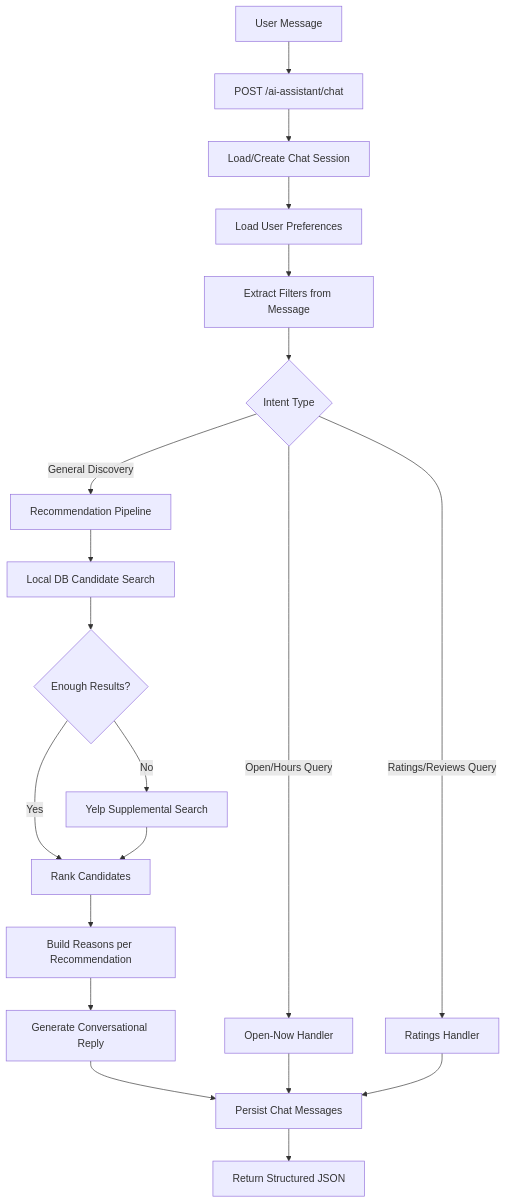
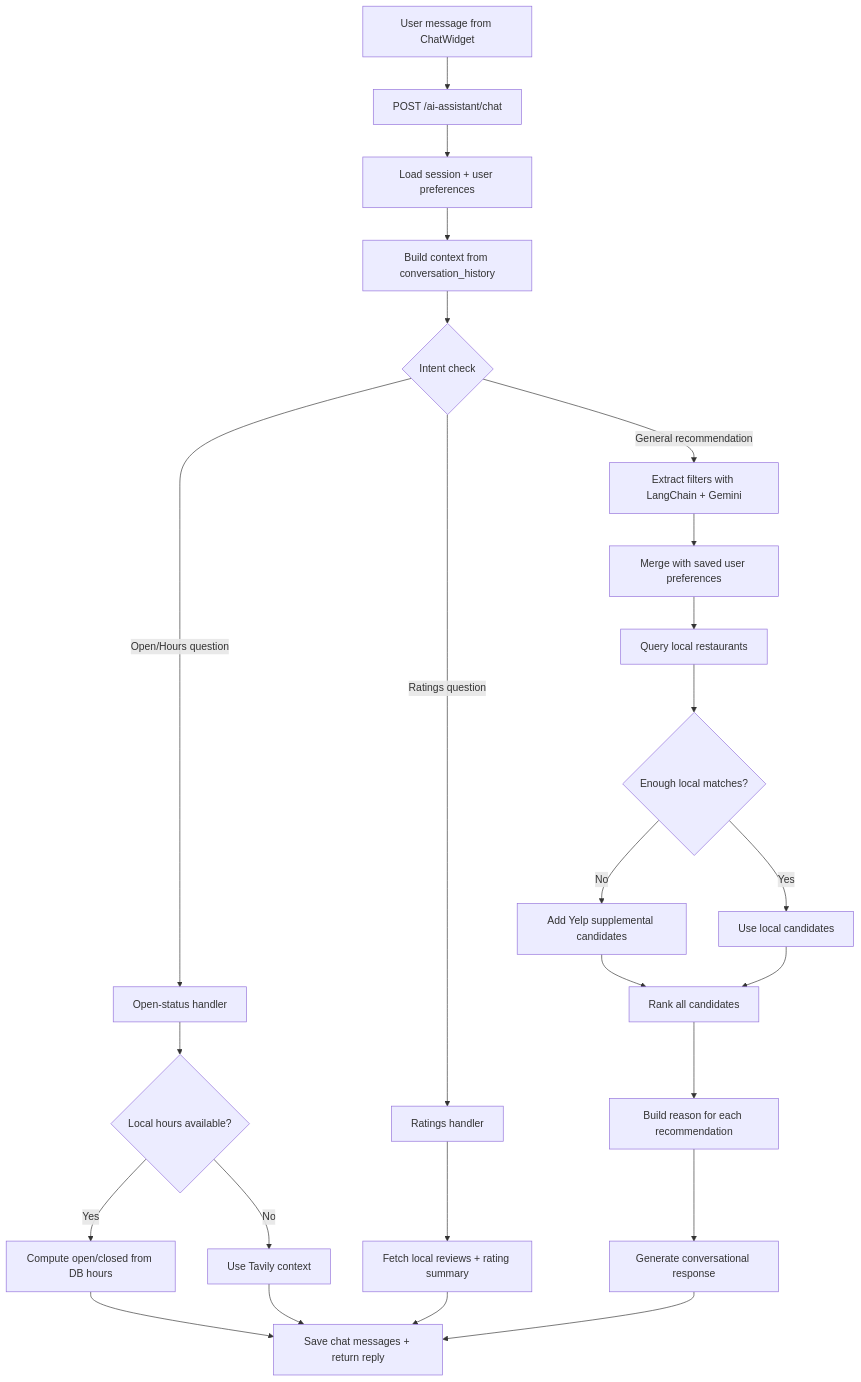
Before and after one commit to patel-manav20/Yelp_Discovery_App: the third of 3 diagrams in README.md, drawn with Mermaid. The commit also changed other lines of this file and 22 other files, not shown here.

````diff
--- a/README.md
+++ b/README.md
@@ -70,22 +88,30 @@
 ```mermaid
 flowchart TD
-    A[User Message] --> B[POST /ai-assistant/chat]
-    B --> C[Load/Create Chat Session]
-    C --> D[Load User Preferences]
-    D --> E[Extract Filters from Message]
-    E --> F{Intent Type}
-    F -->|Open/Hours Query| G[Open-Now Handler]
-    F -->|Ratings/Reviews Query| H[Ratings Handler]
-    F -->|General Discovery| I[Recommendation Pipeline]
-    I --> J[Local DB Candidate Search]
-    J --> K{Enough Results?}
-    K -->|No| L[Yelp Supplemental Search]
-    K -->|Yes| M[Rank Candidates]
-    L --> M
-    M --> N[Build Reasons per Recommendation]
-    N --> O[Generate Conversational Reply]
-    O --> P[Persist Chat Messages]
-    G --> P
-    H --> P
-    P --> Q[Return Structured JSON]
+    A[User message from ChatWidget] --> B[POST /ai-assistant/chat]
+    B --> C[Load session + user preferences]
+    C --> D[Build context from conversation_history]
+    D --> E{Intent check}
+
+    E -->|Open/Hours question| F[Open-status handler]
+    F --> F1{Local hours available?}
+    F1 -->|Yes| F2[Compute open/closed from DB hours]
+    F1 -->|No| F3[Use Tavily context]
+    F2 --> Z[Save chat messages + return reply]
+    F3 --> Z
+
+    E -->|Ratings question| G[Ratings handler]
+    G --> G1[Fetch local reviews + rating summary]
+    G1 --> Z
+
+    E -->|General recommendation| H[Extract filters with LangChain + Gemini]
+    H --> I[Merge with saved user preferences]
+    I --> J[Query local restaurants]
+    J --> K{Enough local matches?}
+    K -->|No| L[Add Yelp supplemental candidates]
+    K -->|Yes| M[Use local candidates]
+    L --> N[Rank all candidates]
+    M --> N
+    N --> O[Build reason for each recommendation]
+    O --> P[Generate conversational response]
+    P --> Z
 ```
````
